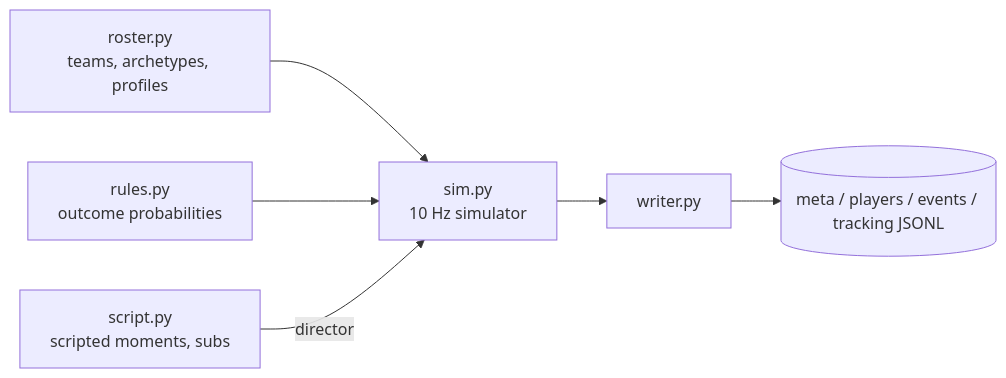
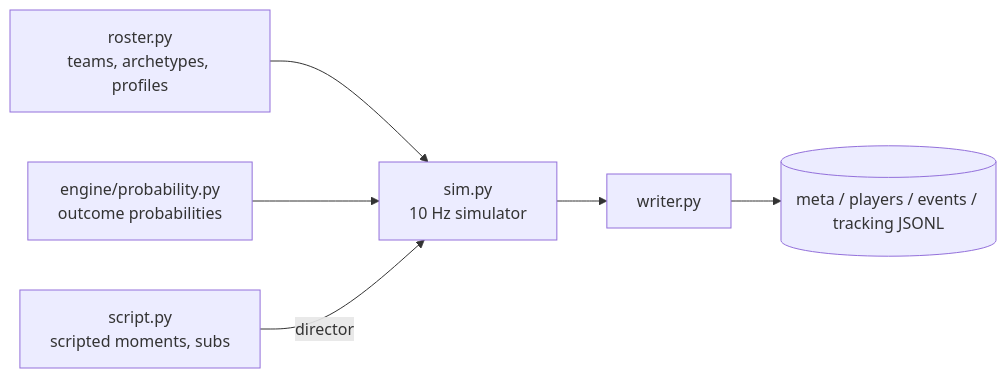
One commit to vamsi243/Decisionlens changed the fifth of 6 diagrams in ARCHITECTURE.md. Above: the diagram before and after it, drawn with Mermaid. The commit also changed other lines of this file and 3 other files, not shown here.

First line of the commit message:
docs: bring README, features, architecture and code explainer up to date

````diff
--- a/ARCHITECTURE.md
+++ b/ARCHITECTURE.md
@@ -126,7 +130,7 @@
 ```mermaid
 flowchart LR
   R[roster.py<br/>teams, archetypes, profiles] --> S[sim.py<br/>10 Hz simulator]
-  RU[rules.py<br/>outcome probabilities] --> S
+  RU[engine/probability.py<br/>outcome probabilities] --> S
   SC[script.py<br/>scripted moments, subs] -->|director| S
   S --> WR[writer.py] --> F[(meta / players / events / tracking JSONL)]
 ```
````
